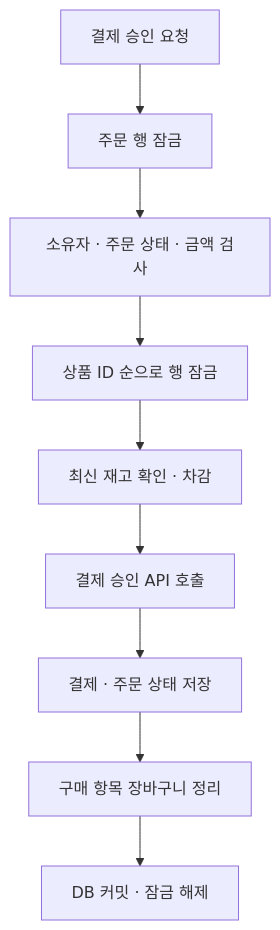
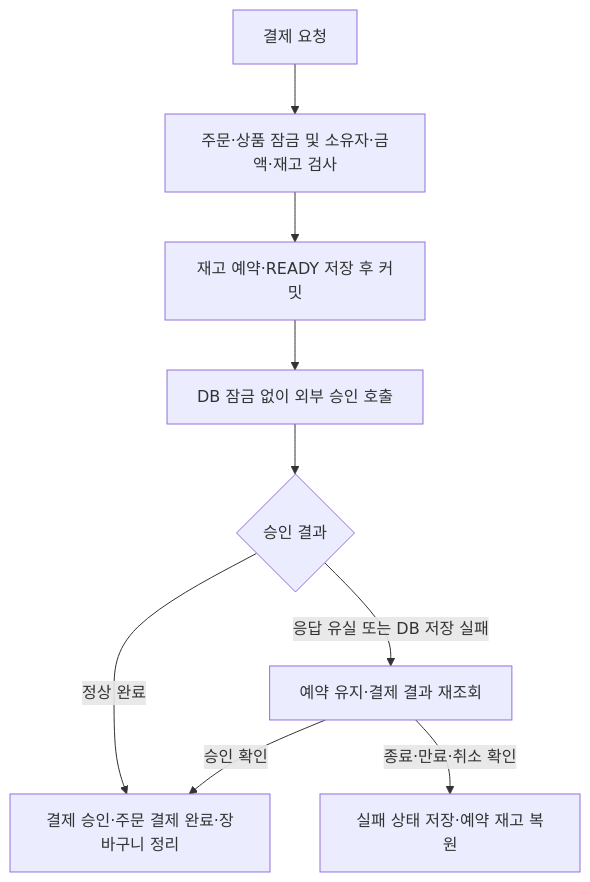
One commit to SiH0215/COMPICK changed the diagram in docs/IMPROVEMENTS.md. Above: the diagram before and after it, drawn with Mermaid. The commit also changed other lines of this file and 268 other files, not shown here.

````diff
--- a/docs/IMPROVEMENTS.md
+++ b/docs/IMPROVEMENTS.md
@@ -43,11 +41,11 @@
 ```mermaid
 flowchart TD
-    A[결제 승인 요청] --> B[주문 행 잠금]
-    B --> C[소유자 · 주문 상태 · 금액 검사]
-    C --> D[상품 ID 순으로 행 잠금]
-    D --> E[최신 재고 확인 · 차감]
-    E --> F[결제 승인 API 호출]
-    F --> G[결제 · 주문 상태 저장]
-    G --> H[구매 항목 장바구니 정리]
-    H --> I[DB 커밋 · 잠금 해제]
+    A[결제 요청] --> B[주문·상품 잠금 및 소유자·금액·재고 검사]
+    B --> C[재고 예약·READY 저장 후 커밋]
+    C --> D[DB 잠금 없이 외부 승인 호출]
+    D --> E{승인 결과}
+    E -->|정상 완료| F[결제 승인·주문 결제 완료·장바구니 정리]
+    E -->|응답 유실 또는 DB 저장 실패| G[예약 유지·결제 결과 재조회]
+    G -->|승인 확인| F
+    G -->|종료·만료·취소 확인| H[실패 상태 저장·예약 재고 복원]
 ```
````
